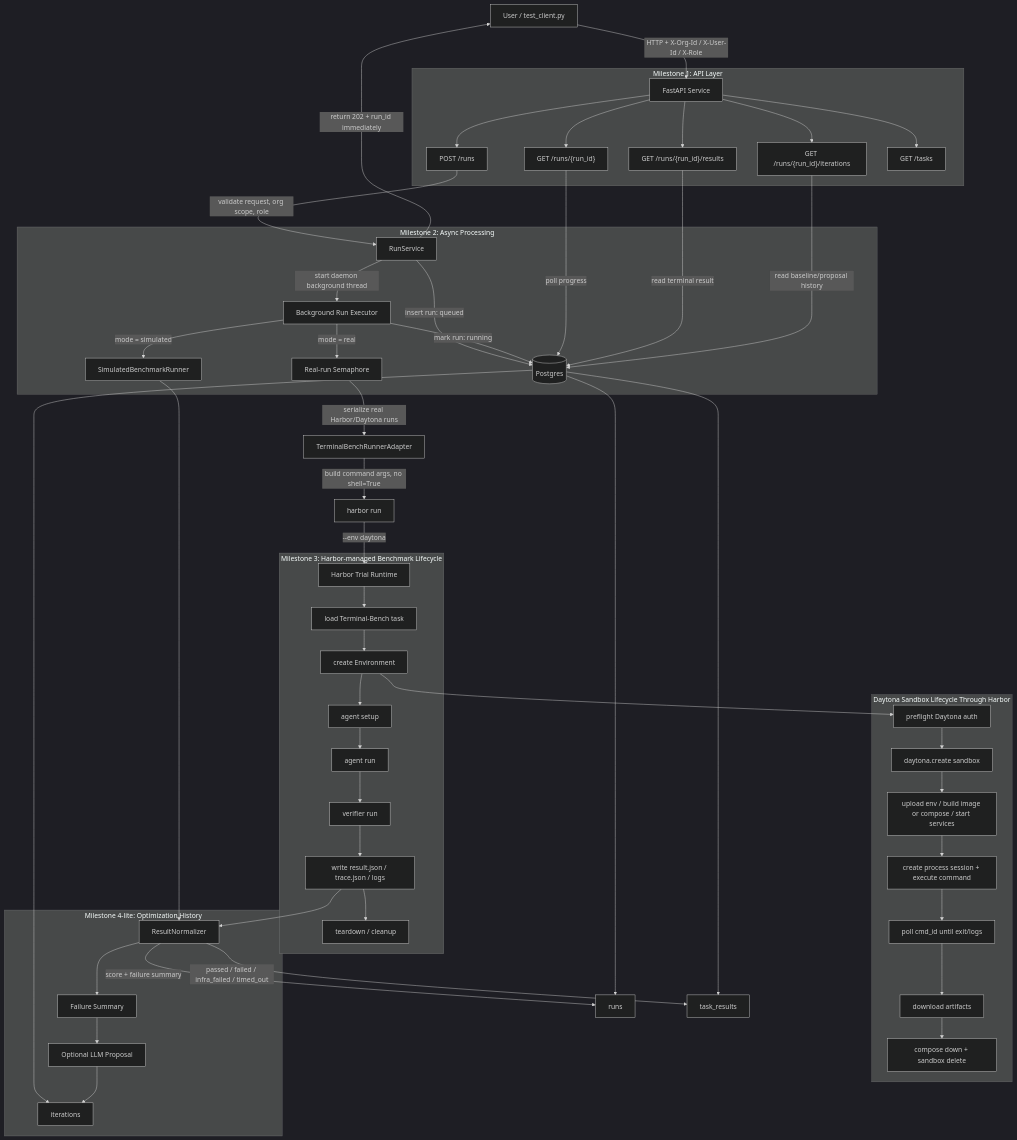
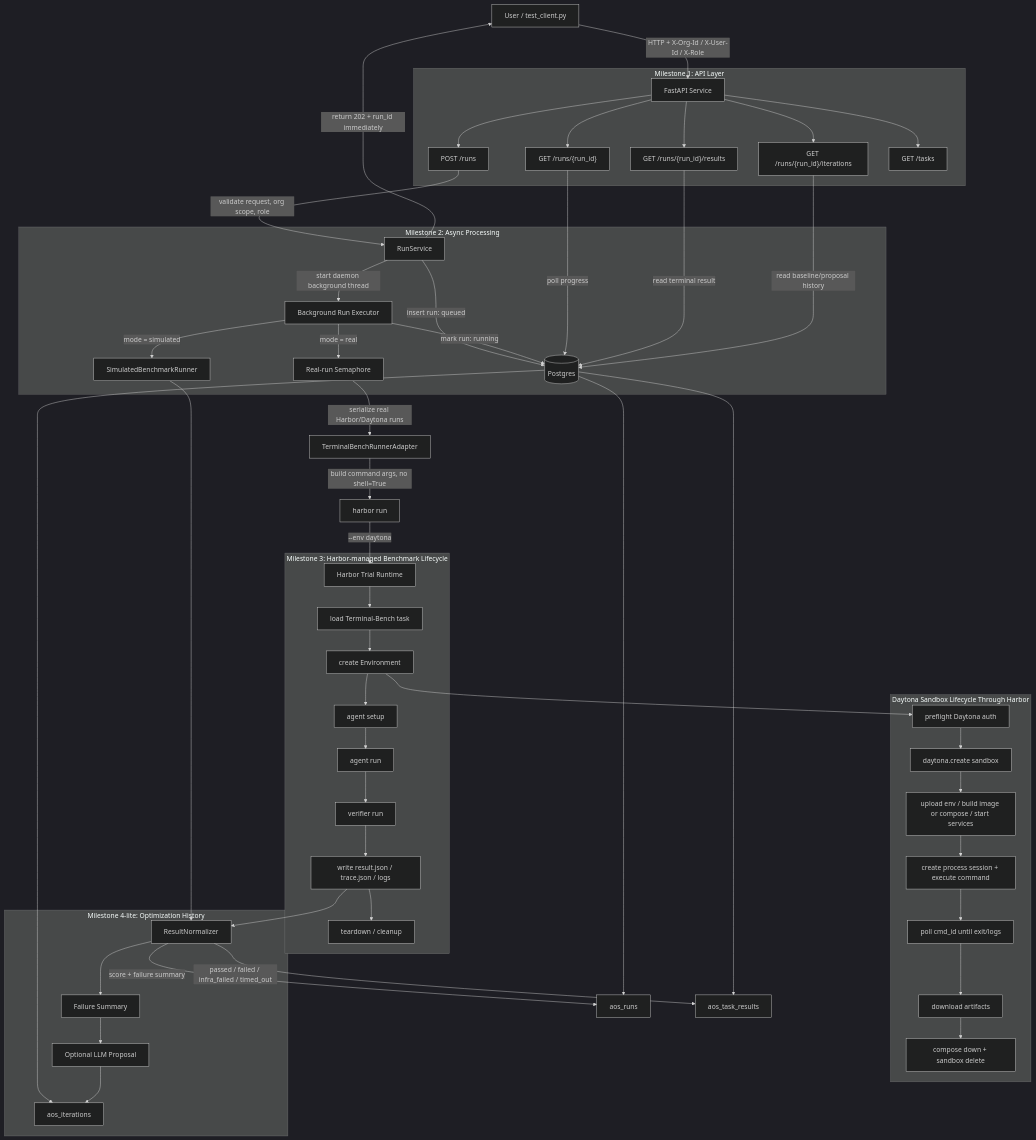
The diagram in docs/takehome_mvp_system_design.md (neosigmaai/auto-harness), drawn with Mermaid (dark theme) before and after one commit. The commit also changed other lines of this file and 1 other file, not shown here.

Commit message:
docs: fix takehome mvp review notes

````diff
--- a/docs/takehome_mvp_system_design.md
+++ b/docs/takehome_mvp_system_design.md
@@ -11,67 +11,67 @@
 ```mermaid
 flowchart TD
     U["User / test_client.py"] -->|"HTTP + X-Org-Id / X-User-Id / X-Role"| API["FastAPI Service"]
 
     subgraph API_LAYER["Milestone 1: API Layer"]
         API --> POST["POST /runs"]
         API --> STATUS["GET /runs/{run_id}"]
         API --> RESULTS["GET /runs/{run_id}/results"]
         API --> ITERS["GET /runs/{run_id}/iterations"]
         API --> TASKLIST["GET /tasks"]
     end
 
     POST -->|"validate request, org scope, role"| RS["RunService"]
     RS -->|"insert run: queued"| PG[("Postgres")]
-    PG --> RUNS["runs"]
-    PG --> TASK_RESULTS["task_results"]
-    PG --> ITERATIONS["iterations"]
+    PG --> RUNS["aos_runs"]
+    PG --> TASK_RESULTS["aos_task_results"]
+    PG --> ITERATIONS["aos_iterations"]
 
     RS -->|"return 202 + run_id immediately"| U
 
     subgraph ASYNC["Milestone 2: Async Processing"]
         RS -->|"start daemon background thread"| BG["Background Run Executor"]
         BG -->|"mark run: running"| PG
         BG -->|"mode = simulated"| SIM["SimulatedBenchmarkRunner"]
         BG -->|"mode = real"| LOCK["Real-run Semaphore"]
     end
 
     LOCK -->|"serialize real Harbor/Daytona runs"| ADAPTER["TerminalBenchRunnerAdapter"]
     ADAPTER -->|"build command args, no shell=True"| HARBOR_CLI["harbor run"]
     HARBOR_CLI -->|"--env daytona"| HARBOR_RUNTIME["Harbor Trial Runtime"]
 
     subgraph HARBOR["Milestone 3: Harbor-managed Benchmark Lifecycle"]
         HARBOR_RUNTIME --> LOAD_TASK["load Terminal-Bench task"]
         LOAD_TASK --> CREATE_ENV["create Environment"]
         CREATE_ENV --> AGENT_SETUP["agent setup"]
         AGENT_SETUP --> AGENT_RUN["agent run"]
         AGENT_RUN --> VERIFY["verifier run"]
         VERIFY --> WRITE_ARTIFACTS["write result.json / trace.json / logs"]
         WRITE_ARTIFACTS --> HARBOR_CLEANUP["teardown / cleanup"]
     end
 
     subgraph DAYTONA["Daytona Sandbox Lifecycle Through Harbor"]
         CREATE_ENV --> PRECHECK["preflight Daytona auth"]
         PRECHECK --> CREATE_SANDBOX["daytona.create sandbox"]
         CREATE_SANDBOX --> SETUP_SANDBOX["upload env / build image or compose / start services"]
         SETUP_SANDBOX --> EXEC_CMD["create process session + execute command"]
         EXEC_CMD --> POLL_CMD["poll cmd_id until exit/logs"]
         POLL_CMD --> DOWNLOAD["download artifacts"]
         DOWNLOAD --> DELETE_SANDBOX["compose down + sandbox delete"]
     end
 
     WRITE_ARTIFACTS --> NORMALIZER["ResultNormalizer"]
     SIM --> NORMALIZER
 
     NORMALIZER -->|"passed / failed / infra_failed / timed_out"| TASK_RESULTS
     NORMALIZER -->|"score + failure summary"| RUNS
 
     subgraph OPT["Milestone 4-lite: Optimization History"]
         NORMALIZER --> FAILURE_SUMMARY["Failure Summary"]
         FAILURE_SUMMARY --> LLM["Optional LLM Proposal"]
         LLM --> ITERATIONS
     end
 
     STATUS -->|"poll progress"| PG
     RESULTS -->|"read terminal result"| PG
     ITERS -->|"read baseline/proposal history"| PG
 ```
````
